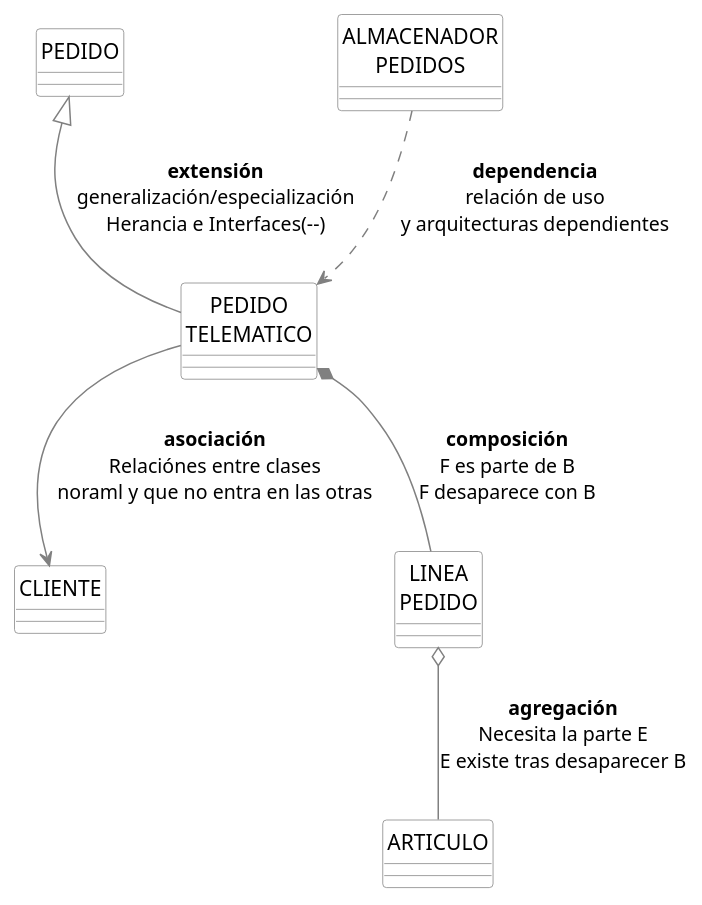
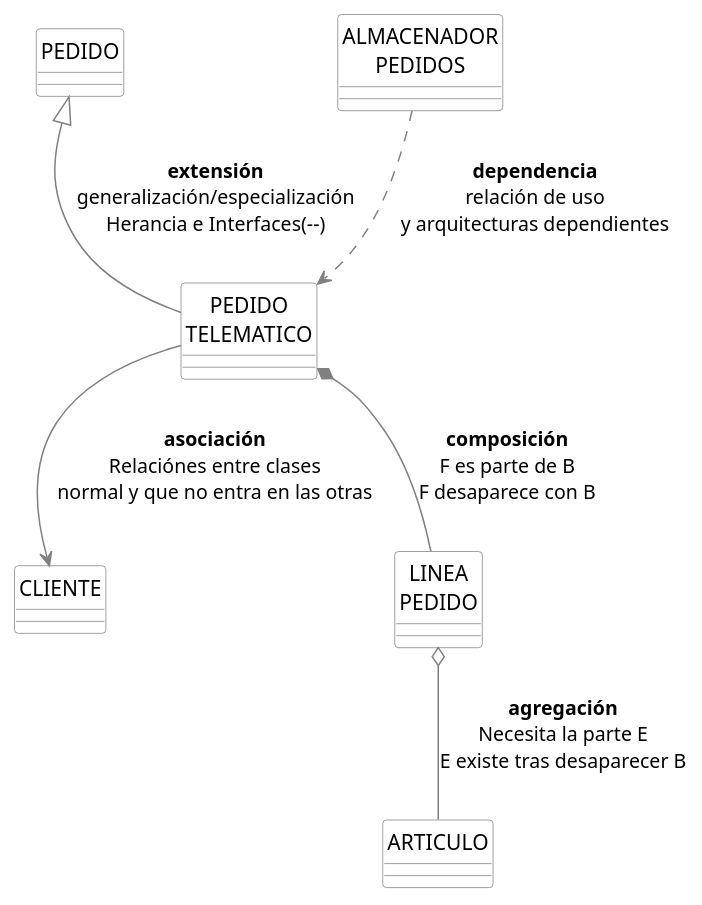
One commit to srlopez/RUP changed the second of 7 diagrams in ejemplos/fraccion_completo.md. Above: the diagram before and after it, drawn with PlantUML. The commit also changed other lines of this file, not shown here.

````diff
--- a/ejemplos/fraccion_completo.md
+++ b/ejemplos/fraccion_completo.md
@@ -136,28 +147,28 @@
 ```plantuml
 
 @startuml
 skinparam class {
   skinparam monochrome true
   skinparam shadowing false
   BackgroundColor White
   BorderColor Gray
   ' FontName Consolas
   ArrowColor Gray
 }
 scale 1
 hide circle
 class "ALMACENADOR\nPEDIDOS" as A
 class "CLIENTE" as C
 class "PEDIDO" as D
 class "PEDIDO\nTELEMATICO" as B
 class "LINEA\nPEDIDO" as F
 class "ARTICULO" as E
 'left to right direction
 
 A ..> B : <b>dependencia</b>\nrelación de uso\ny arquitecturas dependientes
-B --> C : <b>asociación</b>\nRelaciónes entre clases\nnoraml y que no entra en las otras
+B --> C : <b>asociación</b>\nRelaciónes entre clases\nnormal y que no entra en las otras
 B -u-|> D : <b>extensión</b>\ngeneralización/especialización\nHerancia e Interfaces(--)
 F o-- E: <b>agregación</b>\nNecesita la parte E\nE existe tras desaparecer B
 B *-- F: <b>composición</b>\nF es parte de B\nF desaparece con B
 @enduml
 ```
````
